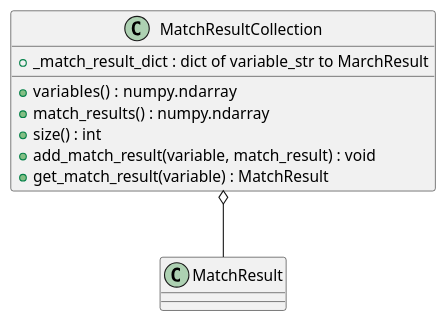
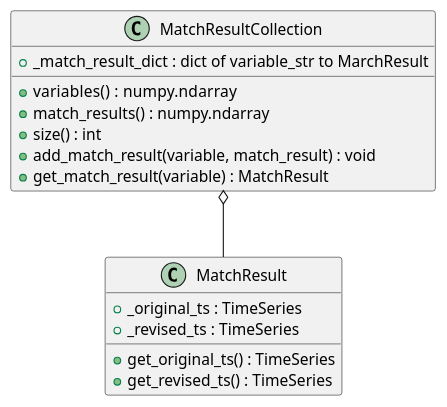
Before and after one commit to sys-bio/SBviper: the diagram in Design/mr_mrc.puml, drawn with PlantUML. The commit also changed 4 other files, not shown here.

```diff
--- a/Design/mr_mrc.puml
+++ b/Design/mr_mrc.puml
@@ -1,20 +1,23 @@
 @startuml
 
 MatchResultCollection o-- MatchResult
 
 'TimeSeries *-- SteadyState
 
 class MatchResultCollection {
     +_match_result_dict : dict of variable_str to MarchResult
     +variables() :  numpy.ndarray
     +match_results() : numpy.ndarray
     +size() : int
     +add_match_result(variable, match_result) : void
     +get_match_result(variable) : MatchResult
 }
 
 class MatchResult {
-
+    +_original_ts : TimeSeries
+    +_revised_ts : TimeSeries
+    +get_original_ts() : TimeSeries
+    +get_revised_ts() : TimeSeries
 }
 
 @enduml
```
